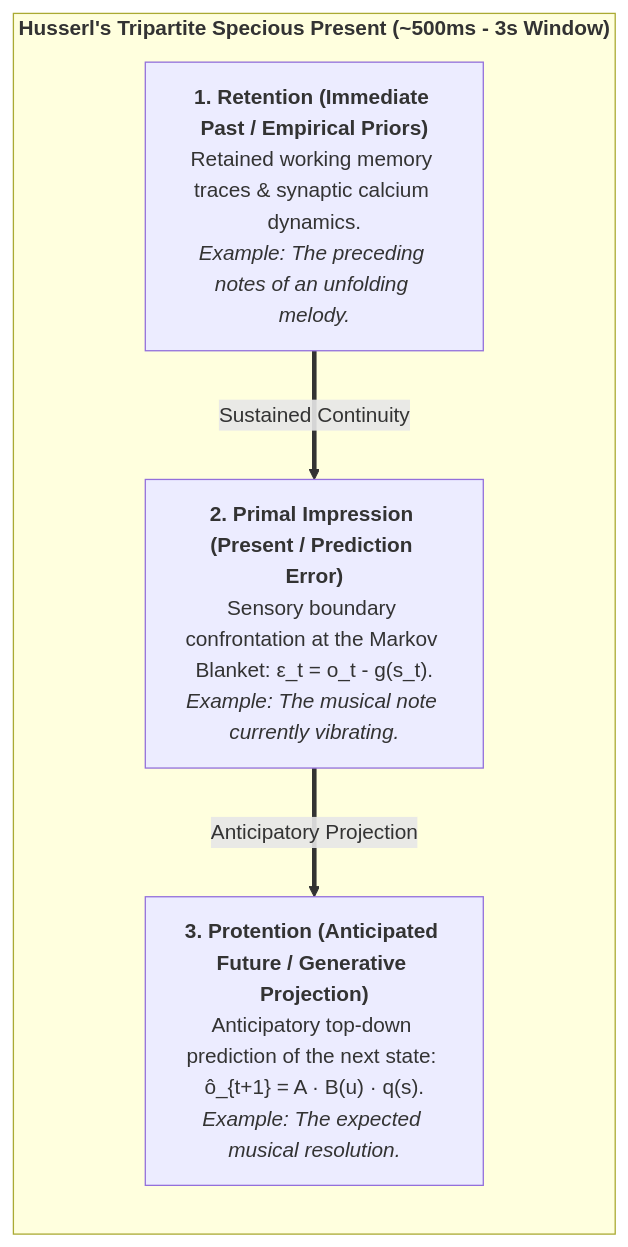
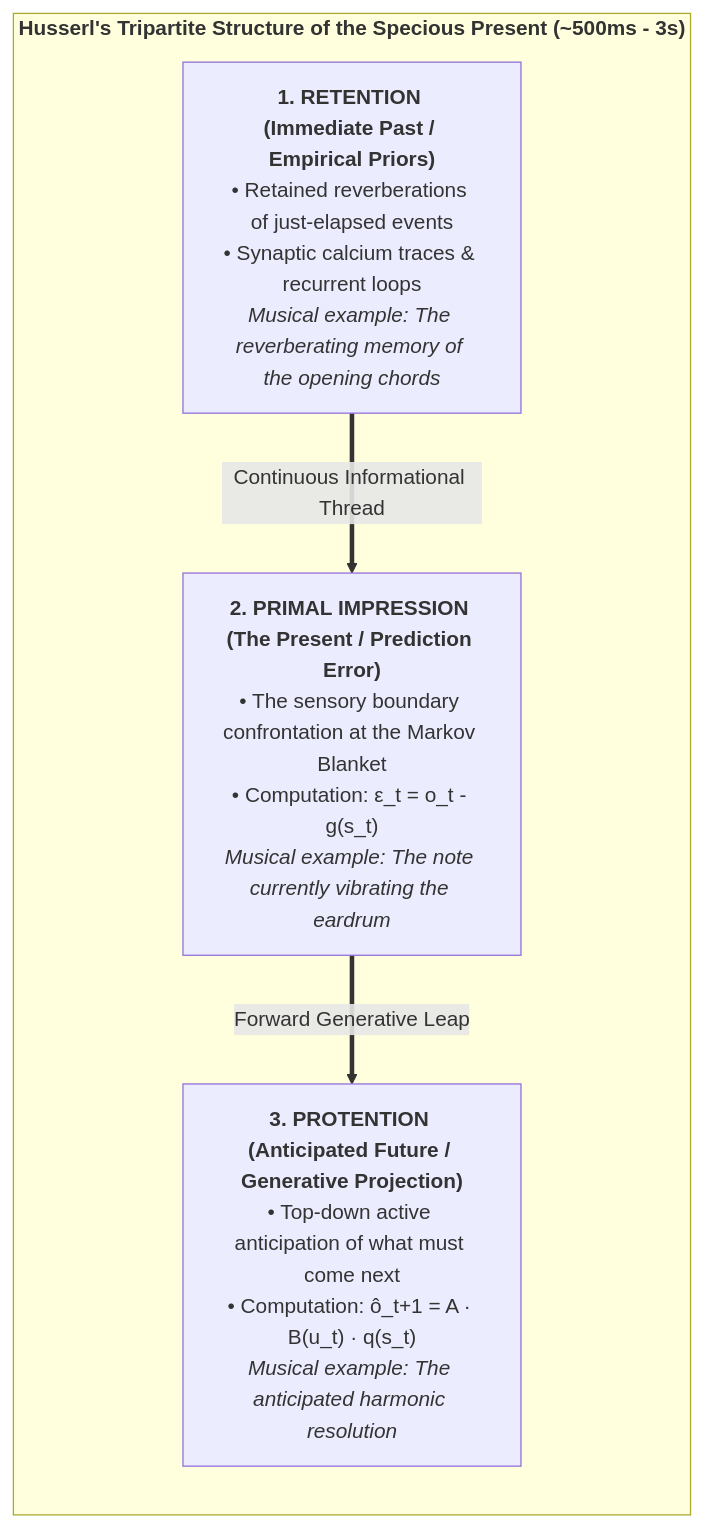
One commit to Thriebl/active-inference-phi-network changed the first of 6 diagrams in book/manuscript_en/06_temporal_mechanics_of_consciousness_and_specious_present.md. Above: the diagram before and after it, drawn with Mermaid. The commit also changed other lines of this file and 19 other files, not shown here.

````diff
--- a/book/manuscript_en/06_temporal_mechanics_of_consciousness_and_specious_present.md
+++ b/book/manuscript_en/06_temporal_mechanics_of_consciousness_and_specious_present.md
@@ -22,13 +27,14 @@
 ```mermaid
 flowchart TD
-    subgraph SPECIOUS_PRESENT["<b>Husserl's Tripartite Specious Present (~500ms - 3s Window)</b>"]
+    subgraph HUSSERL_TRIAD["<b>Husserl's Tripartite Structure of the Specious Present (~500ms - 3s)</b>"]
         direction TB
-        R["<b>1. Retention (Immediate Past / Empirical Priors)</b><br>Retained working memory traces & synaptic calcium dynamics.<br><i>Example: The preceding notes of an unfolding melody.</i>"]
         
-        I["<b>2. Primal Impression (Present / Prediction Error)</b><br>Sensory boundary confrontation at the Markov Blanket: ε_t = o_t - g(s_t).<br><i>Example: The musical note currently vibrating.</i>"]
+        RETENTION["<b>1. RETENTION (Immediate Past / Empirical Priors)</b><br>• Retained reverberations of just-elapsed events<br>• Synaptic calcium traces & recurrent loops<br><i>Musical example: The reverberating memory of the opening chords</i>"]
         
-        P["<b>3. Protention (Anticipated Future / Generative Projection)</b><br>Anticipatory top-down prediction of the next state: ô_{t+1} = A · B(u) · q(s).<br><i>Example: The expected musical resolution.</i>"]
+        IMPRESSION["<b>2. PRIMAL IMPRESSION (The Present / Prediction Error)</b><br>• The sensory boundary confrontation at the Markov Blanket<br>• Computation: ε_t = o_t - g(s_t)<br><i>Musical example: The note currently vibrating the eardrum</i>"]
         
-        R ==>|"Sustained Continuity"| I ==>|"Anticipatory Projection"| P
+        PROTENTION["<b>3. PROTENTION (Anticipated Future / Generative Projection)</b><br>• Top-down active anticipation of what must come next<br>• Computation: ô_t+1 = A · B(u_t) · q(s_t)<br><i>Musical example: The anticipated harmonic resolution</i>"]
+        
+        RETENTION ==>|"Continuous Informational Thread"| IMPRESSION ==>|"Forward Generative Leap"| PROTENTION
     end
 ```
````
